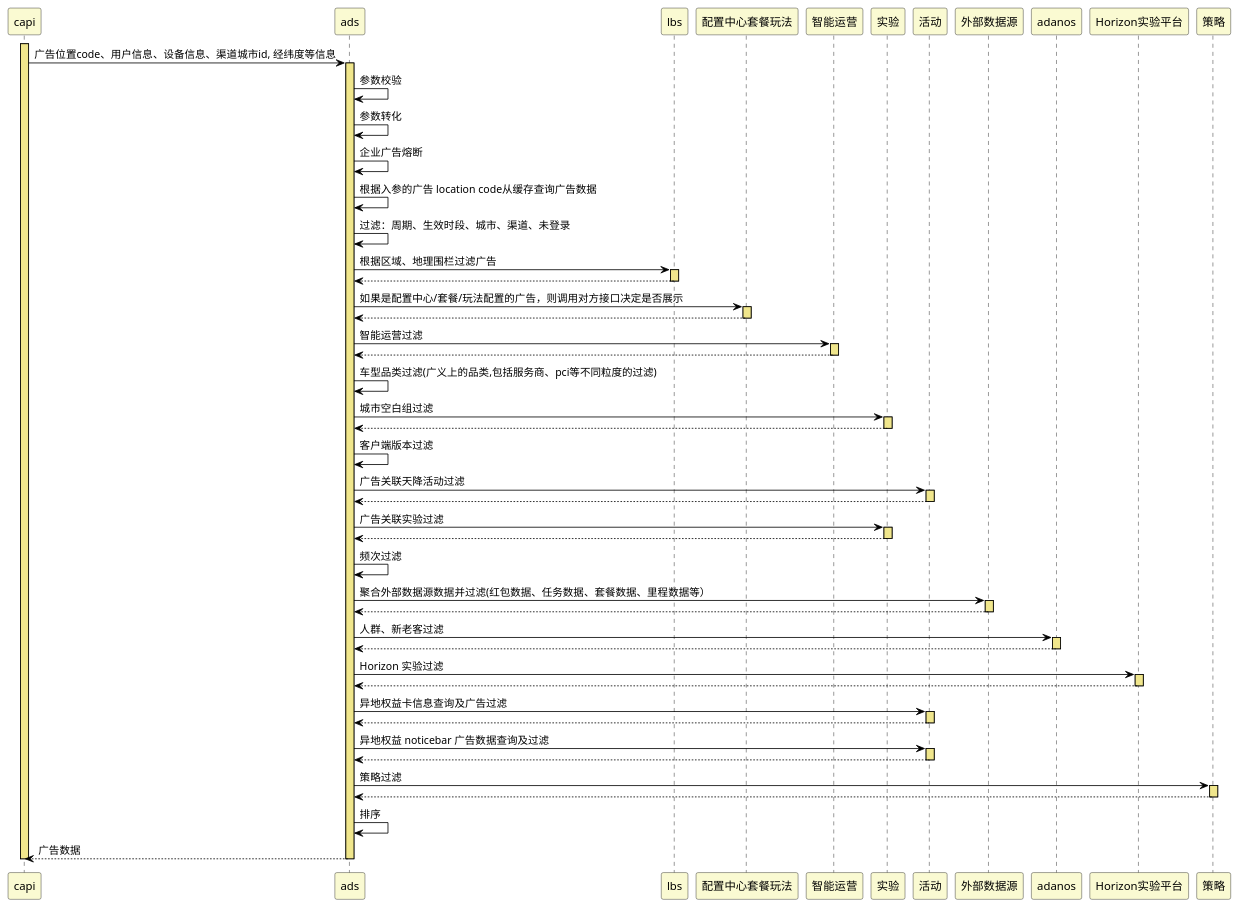
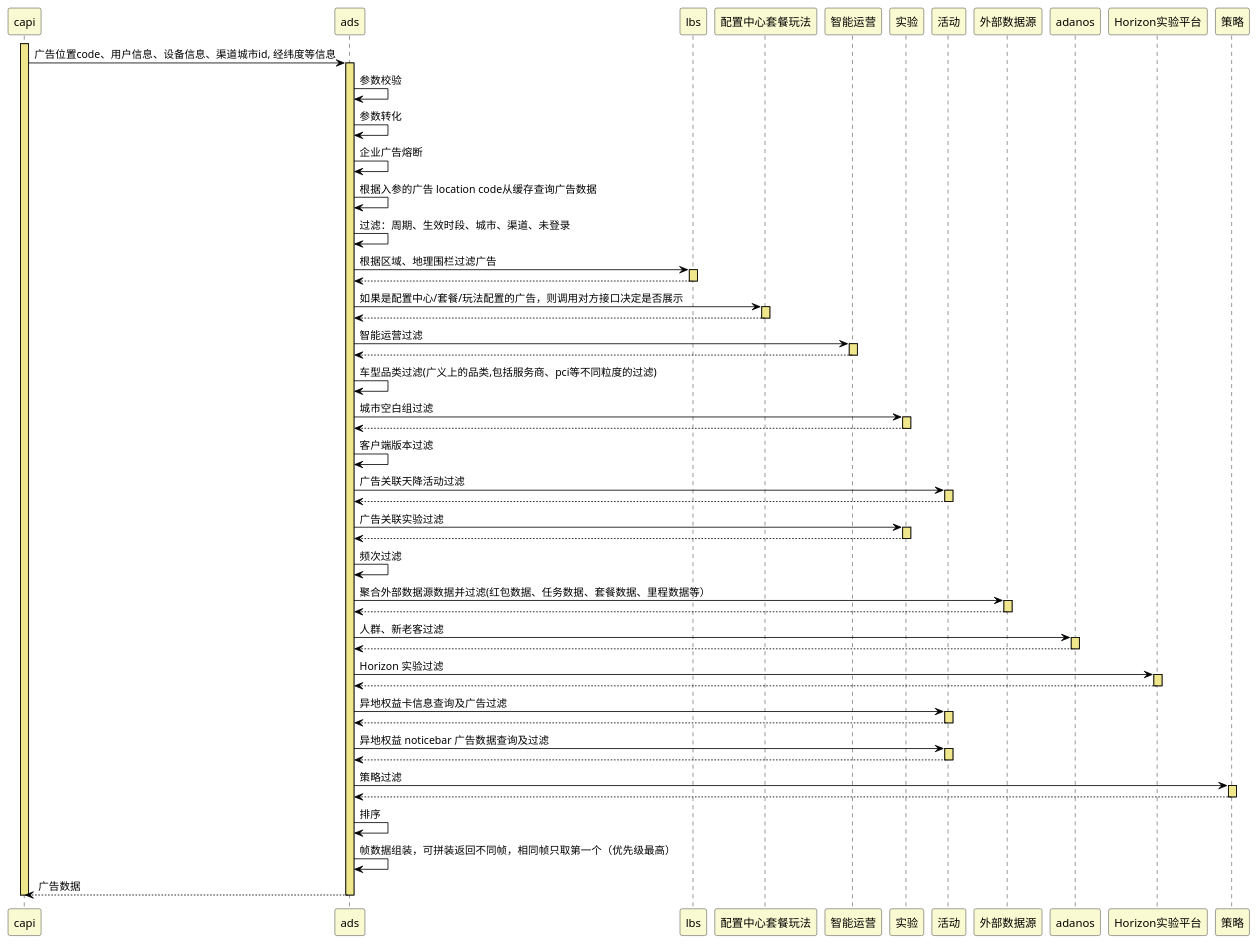
One commit to zhangbotong/mt-plantuml changed the diagram in src/note/ads/Ads_profile.puml. Above: the diagram before and after it, drawn with PlantUML. The commit also changed 10 other files, not shown here.

```diff
--- a/src/note/ads/Ads_profile.puml
+++ b/src/note/ads/Ads_profile.puml
@@ -1,73 +1,74 @@
 @startuml
 skinparam sequence {
 ArrowColor black
 LifeLineBorderColor black
 LifeLineBackgroundColor khaki
 ParticipantBackgroundColor lightgoldenrodyellow
 }
 
 activate capi
 capi -> ads: 广告位置code、用户信息、设备信息、渠道城市id, 经纬度等信息
 activate ads
 ads -> ads: 参数校验
 ads -> ads: 参数转化
 ads -> ads: 企业广告熔断
 ads -> ads: 根据入参的广告 location code从缓存查询广告数据
 ads -> ads: 过滤：周期、生效时段、城市、渠道、未登录
 ads -> lbs: 根据区域、地理围栏过滤广告
 activate lbs
 lbs --> ads
 deactivate lbs
 ads -> 配置中心套餐玩法: 如果是配置中心/套餐/玩法配置的广告，则调用对方接口决定是否展示
 activate 配置中心套餐玩法
 配置中心套餐玩法 --> ads
 deactivate 配置中心套餐玩法
 ads -> 智能运营: 智能运营过滤
 activate 智能运营
 智能运营 --> ads
 deactivate 智能运营
 ads -> ads: 车型品类过滤(广义上的品类,包括服务商、pci等不同粒度的过滤)
 ads -> 实验: 城市空白组过滤
 activate 实验
 实验 --> ads
 deactivate 实验
 ads -> ads: 客户端版本过滤
 ads -> 活动: 广告关联天降活动过滤
 activate 活动
 活动 --> ads
 deactivate 活动
 ads -> 实验: 广告关联实验过滤
 activate 实验
 实验 --> ads
 deactivate 实验
 ads -> ads: 频次过滤
 ads -> 外部数据源: 聚合外部数据源数据并过滤(红包数据、任务数据、套餐数据、里程数据等）
 activate 外部数据源
 外部数据源 --> ads
 deactivate 外部数据源
 ads -> adanos: 人群、新老客过滤
 activate adanos
 adanos --> ads
 deactivate adanos
 ads -> Horizon实验平台: Horizon 实验过滤
 activate Horizon实验平台
 Horizon实验平台 --> ads
 deactivate Horizon实验平台
 ads -> 活动: 异地权益卡信息查询及广告过滤
 activate 活动
 活动 --> ads
 deactivate 活动
 ads -> 活动: 异地权益 noticebar 广告数据查询及过滤
 activate 活动
 活动 --> ads
 deactivate 活动
 ads -> 策略: 策略过滤
 activate 策略
 策略 --> ads
 deactivate 策略
 ads -> ads: 排序
+ads -> ads: 帧数据组装，可拼装返回不同帧，相同帧只取第一个（优先级最高）
 ads --> capi: 广告数据
 deactivate ads
 deactivate capi
 
 @enduml
```
